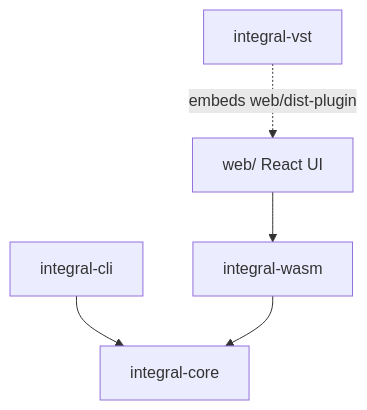
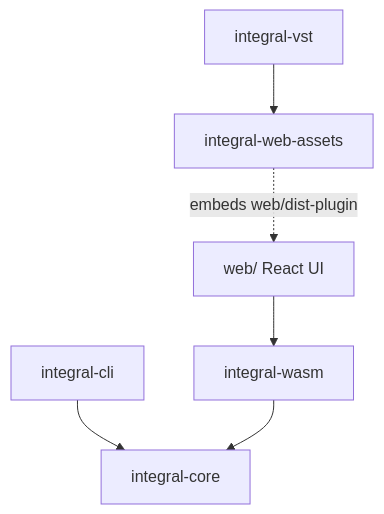
The diagram in crates/README.md (sigma/integral), drawn with Mermaid before and after one commit. The commit also changed other lines of this file and 10 other files, not shown here.

First line of the commit message:
refactor(web-assets): share the embedded web build between the plugin and the service

````diff
--- a/crates/README.md
+++ b/crates/README.md
@@ -14,8 +14,9 @@
 ```mermaid
 graph TD
   core[integral-core]
   cli[integral-cli] --> core
   wasm[integral-wasm] --> core
   web[web/ React UI] --> wasm
-  vst[integral-vst] -. embeds web/dist-plugin .-> web
+  assets[integral-web-assets] -. embeds web/dist-plugin .-> web
+  vst[integral-vst] --> assets
 ```
````
